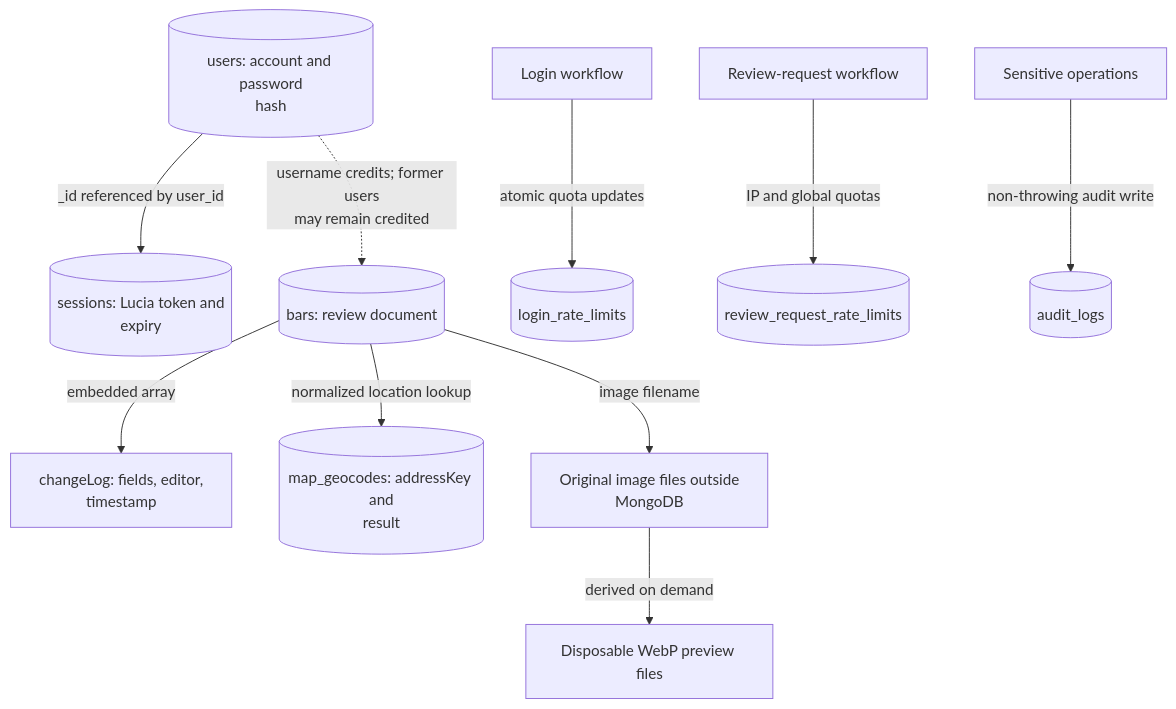
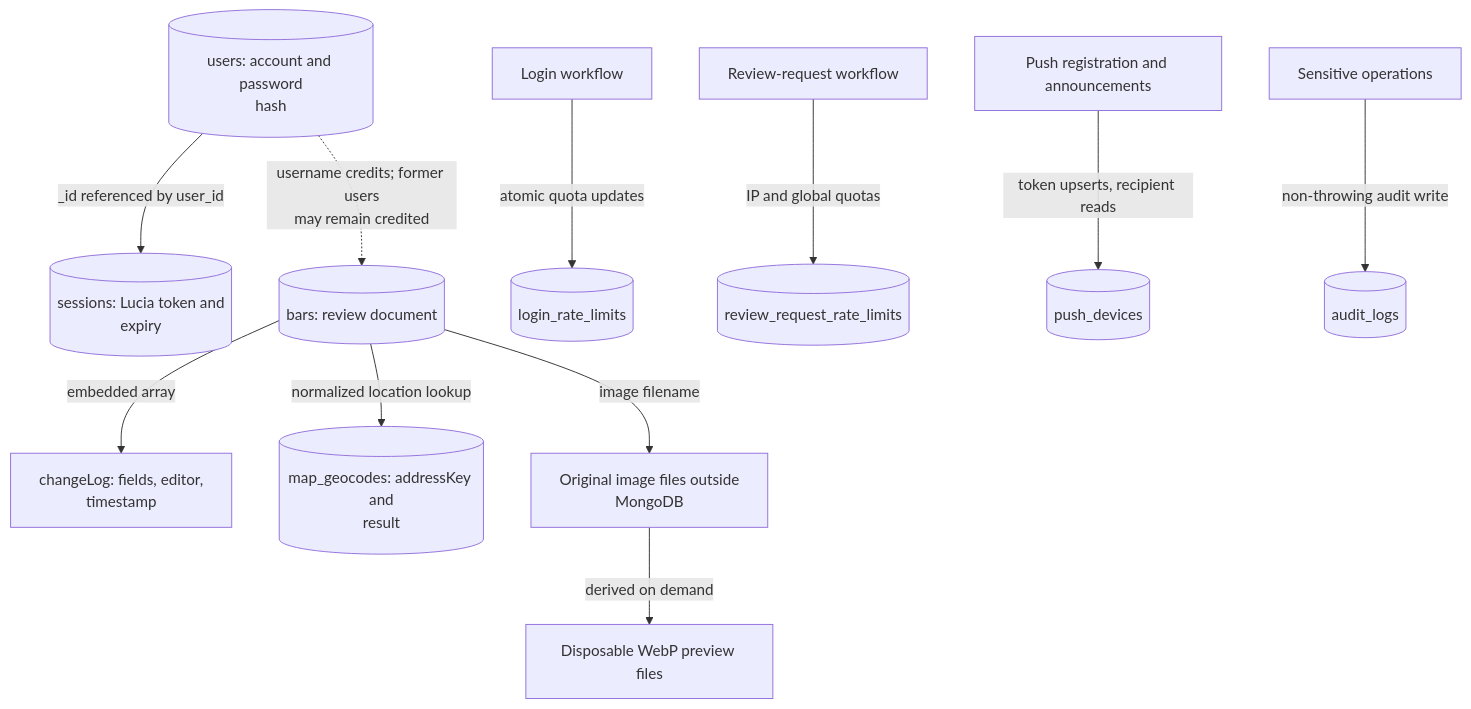
One commit to jonathan-lindqvist/enstorstarkreview changed the first of 2 diagrams in src/lib/db/README.md. Above: the diagram before and after it, drawn with Mermaid. The commit also changed 89 other files, not shown here.

````diff
--- a/src/lib/db/README.md
+++ b/src/lib/db/README.md
@@ -12,12 +12,13 @@
 ```mermaid
 flowchart TD
     Users[("users: account and password<br/>hash")] -->|"_id referenced by user_id"| Sessions[("sessions: Lucia token and<br/>expiry")]
     Users -.->|"username credits; former users<br/>may remain credited"| Bars[("bars: review document")]
     Bars -->|"embedded array"| History["changeLog: fields, editor,<br/>timestamp"]
     Bars -->|"normalized location lookup"| Geocodes[("map_geocodes: addressKey and<br/>result")]
     Bars -->|"image filename"| Files["Original image files outside<br/>MongoDB"]
     Files -->|"derived on demand"| Previews["Disposable WebP preview files"]
     Login["Login workflow"] -->|"atomic quota updates"| Limits[("login_rate_limits")]
     Request["Review-request workflow"] -->|"IP and global quotas"| RequestLimits[("review_request_rate_limits")]
+    Push["Push registration and announcements"] -->|"token upserts, recipient reads"| Devices[("push_devices")]
     Actions["Sensitive operations"] -->|"non-throwing audit write"| Audit[("audit_logs")]
 ```
````
